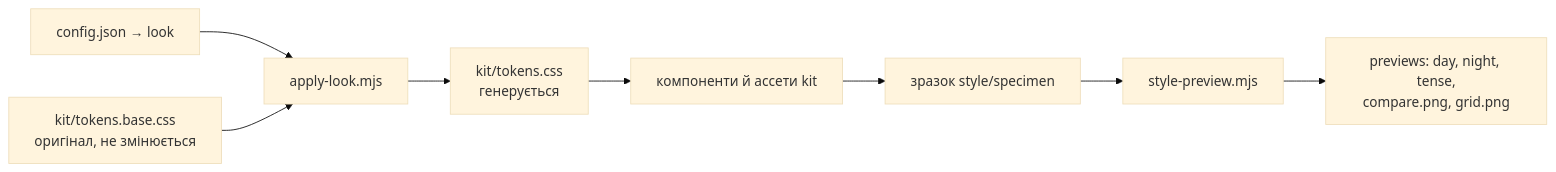
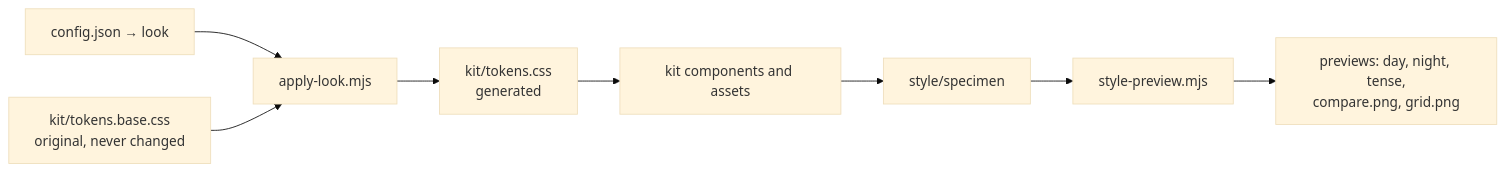
Before and after one commit to olehsov/tiktok-videomaker: the fifth of 5 diagrams in README.md, drawn with Mermaid (base theme). The commit also changed other lines of this file and 359 other files, not shown here.

````diff
--- a/README.md
+++ b/README.md
@@ -194,10 +196,10 @@
 ```mermaid
 flowchart LR
     CF["config.json → look"] --> AL["apply-look.mjs"]
-    TB["kit/tokens.base.css<br/>оригінал, не змінюється"] --> AL
-    AL --> TC["kit/tokens.css<br/>генерується"]
-    TC --> KIT["компоненти й ассети kit"]
-    KIT --> SP["зразок style/specimen"]
+    TB["kit/tokens.base.css<br/>original, never changed"] --> AL
+    AL --> TC["kit/tokens.css<br/>generated"]
+    TC --> KIT["kit components and assets"]
+    KIT --> SP["style/specimen"]
     SP --> SH["style-preview.mjs"]
     SH --> PV["previews: day, night, tense,<br/>compare.png, grid.png"]
 ```
````
